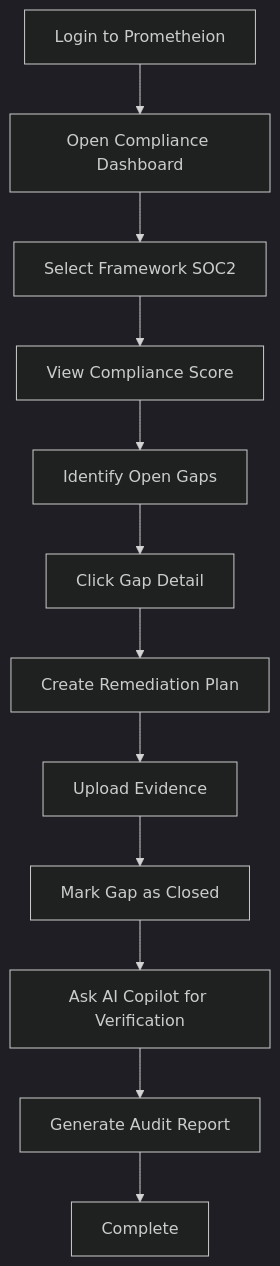
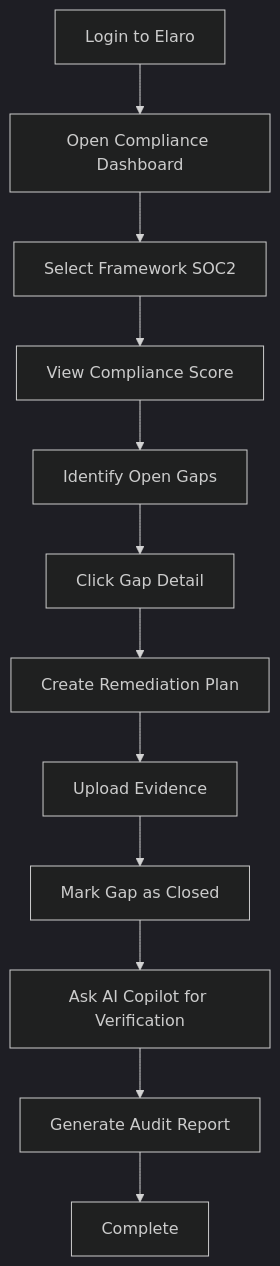
Before and after one commit to derickporter1993/Solentra---Prometheion: the first of 9 diagrams in docs/UI_UX_DESIGN.md, drawn with Mermaid (dark theme). The commit also changed other lines of this file and 973 other files, not shown here.

First line of the commit message:
refactor: Rename Prometheion to Elaro across entire codebase

````diff
--- a/docs/UI_UX_DESIGN.md
+++ b/docs/UI_UX_DESIGN.md
@@ -336,14 +336,14 @@
 ```mermaid
 graph TD
-    START[Login to Prometheion] --> DASH[Open Compliance Dashboard]
+    START[Login to Elaro] --> DASH[Open Compliance Dashboard]
     DASH --> FRAMEWORK[Select Framework SOC2]
     FRAMEWORK --> SCORE[View Compliance Score]
     SCORE --> GAPS[Identify Open Gaps]
     GAPS --> DETAIL[Click Gap Detail]
     DETAIL --> REMEDIATE[Create Remediation Plan]
     REMEDIATE --> EVIDENCE[Upload Evidence]
     EVIDENCE --> VERIFY[Mark Gap as Closed]
     VERIFY --> AI[Ask AI Copilot for Verification]
     AI --> REPORT[Generate Audit Report]
     REPORT --> END[Complete]
 ```
````
